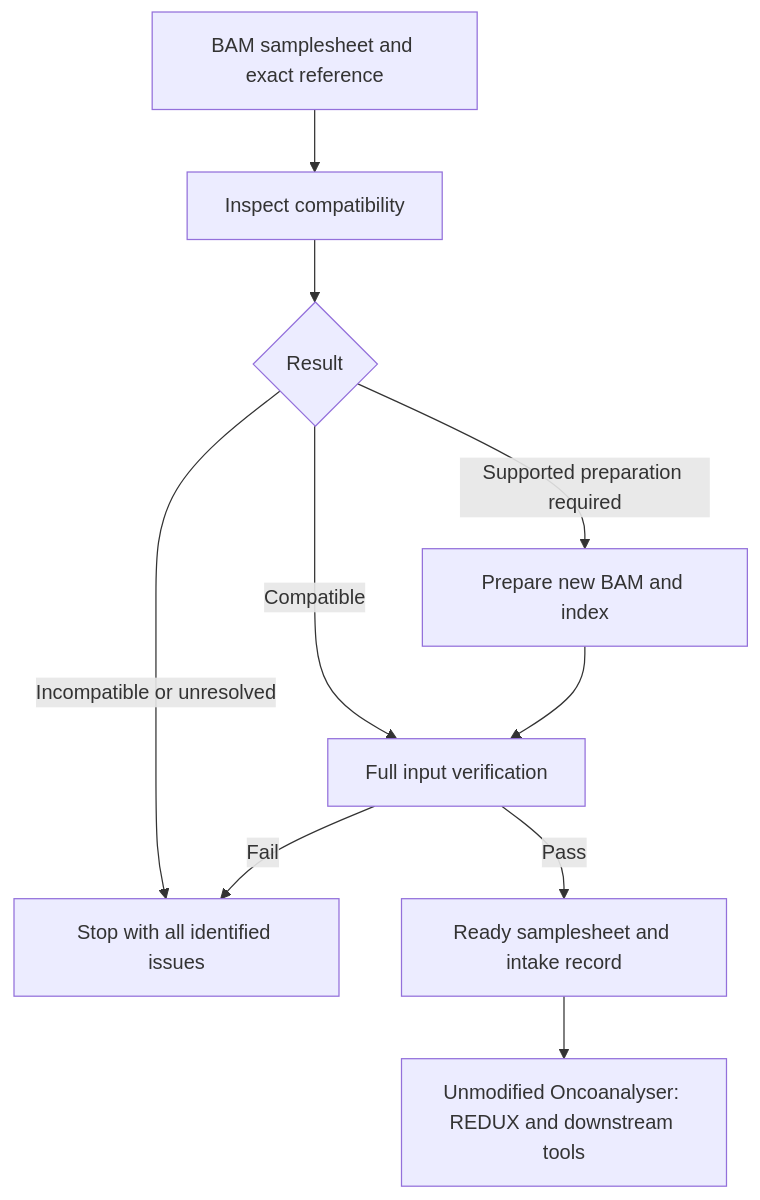
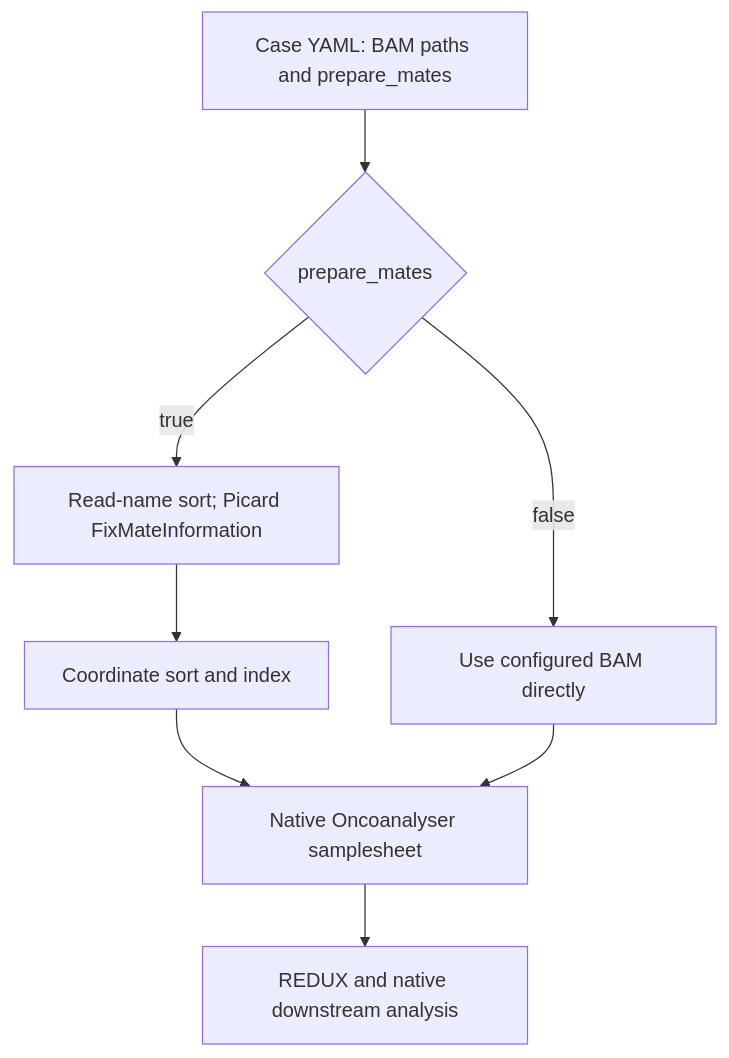
Before and after one commit to hamidghaedi/wigits-clinical: the diagram in docs/BAM_INTAKE_CONTRACT.md, drawn with Mermaid. The commit also changed other lines of this file and 13 other files, not shown here.

Commit message:
Replace custom BAM audits with YAML-driven mate preparation

````diff
--- a/docs/BAM_INTAKE_CONTRACT.md
+++ b/docs/BAM_INTAKE_CONTRACT.md
@@ -24,12 +10,10 @@
 ```mermaid
 flowchart TD
-    A[BAM samplesheet and exact reference] --> B[Inspect compatibility]
-    B --> C{Result}
-    C -->|Compatible| E[Full input verification]
-    C -->|Supported preparation required| D[Prepare new BAM and index]
-    D --> E
-    C -->|Incompatible or unresolved| X[Stop with all identified issues]
-    E -->|Pass| F[Ready samplesheet and intake record]
-    E -->|Fail| X
-    F --> G[Unmodified Oncoanalyser: REDUX and downstream tools]
+    A[Case YAML: BAM paths and prepare_mates] --> B{prepare_mates}
+    B -->|true| C[Read-name sort; Picard FixMateInformation]
+    C --> D[Coordinate sort and index]
+    B -->|false| E[Use configured BAM directly]
+    D --> F[Native Oncoanalyser samplesheet]
+    E --> F
+    F --> G[REDUX and native downstream analysis]
 ```
````
